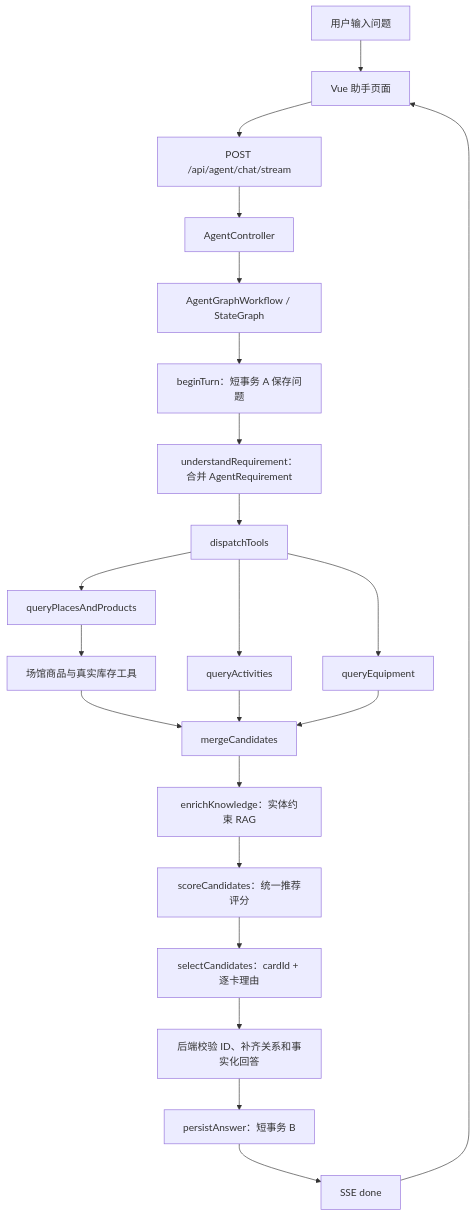
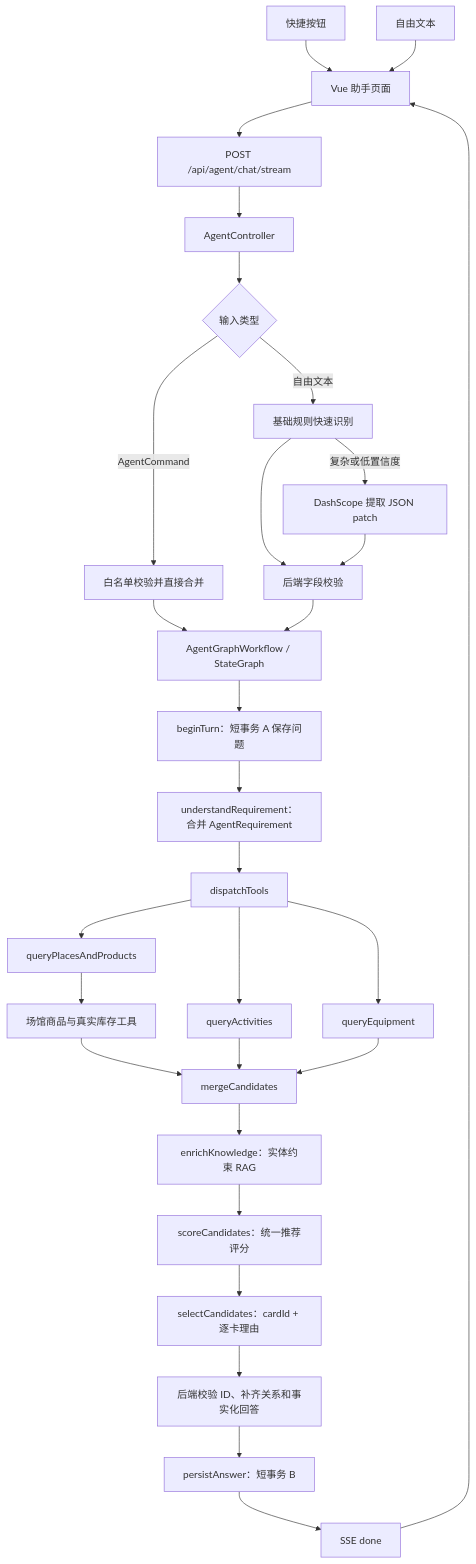
Before and after one commit to SeeYouLikeLast/yueqiu: the diagram in docs/约个球AI助手当前业务逻辑.md, drawn with Mermaid. The commit also changed other lines of this file and 71 other files, not shown here.

````diff
--- a/docs/约个球AI助手当前业务逻辑.md
+++ b/docs/约个球AI助手当前业务逻辑.md
@@ -31,26 +33,34 @@
 ```mermaid
 flowchart TD
-    U["用户输入问题"] --> V["Vue 助手页面"]
+    U1["快捷按钮"] --> V["Vue 助手页面"]
+    U2["自由文本"] --> V
     V --> S["POST /api/agent/chat/stream"]
     S --> C["AgentController"]
-    C --> O["AgentGraphWorkflow / StateGraph"]
+    C --> I{"输入类型"}
+    I -->|"AgentCommand"| IC["白名单校验并直接合并"]
+    I -->|"自由文本"| IR["基础规则快速识别"]
+    IR -->|"复杂或低置信度"| IM["DashScope 提取 JSON patch"]
+    IR --> IV["后端字段校验"]
+    IM --> IV
+    IC --> O["AgentGraphWorkflow / StateGraph"]
+    IV --> O
 
     O --> P1["beginTurn：短事务 A 保存问题"]
     P1 --> M["understandRequirement：合并 AgentRequirement"]
     M --> X["dispatchTools"]
     X --> T1["queryPlacesAndProducts"]
     X --> T2["queryActivities"]
     X --> T3["queryEquipment"]
     T1 --> T4["场馆商品与真实库存工具"]
 
     T4 --> R["mergeCandidates"]
     T2 --> R
     T3 --> R
     R --> K["enrichKnowledge：实体约束 RAG"]
     K --> Q["scoreCandidates：统一推荐评分"]
     Q --> L["selectCandidates：cardId + 逐卡理由"]
     L --> G["后端校验 ID、补齐关系和事实化回答"]
     G --> P2["persistAnswer：短事务 B"]
     P2 --> D["SSE done"]
     D --> V
 ```
````
